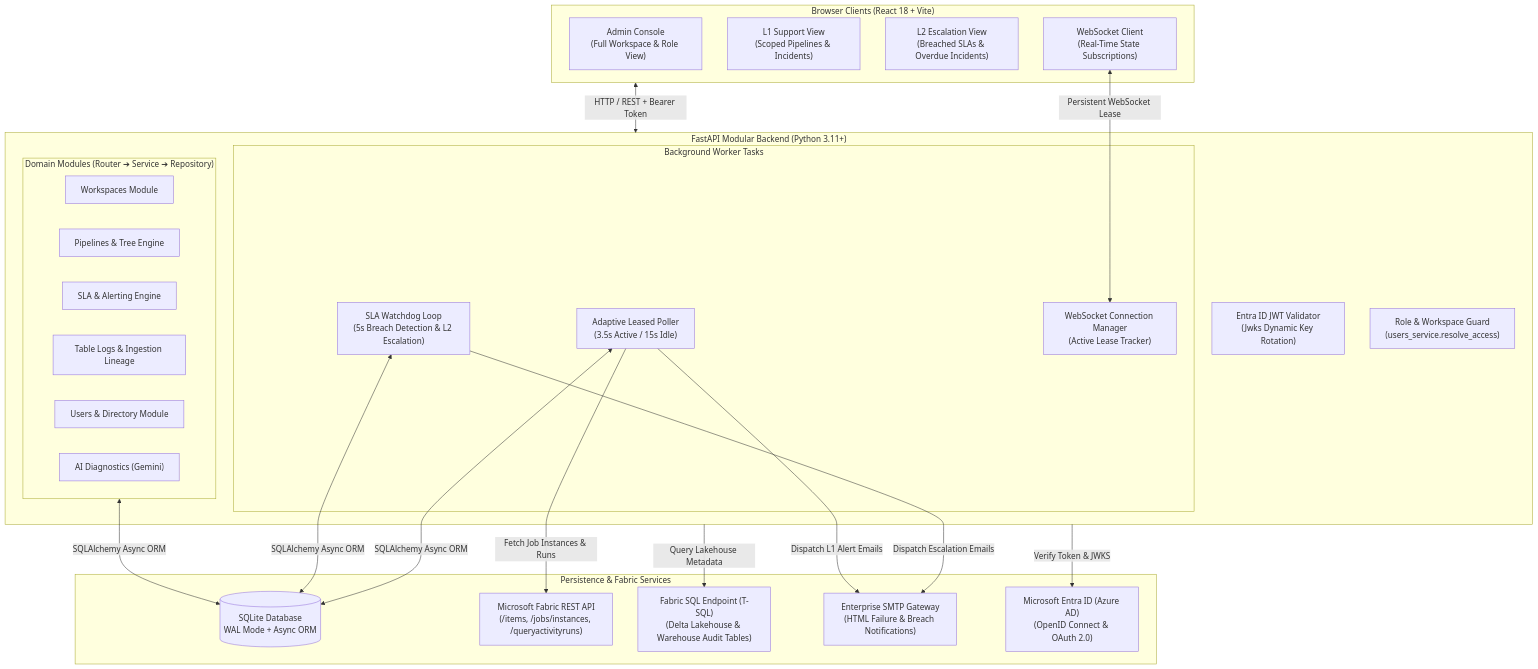
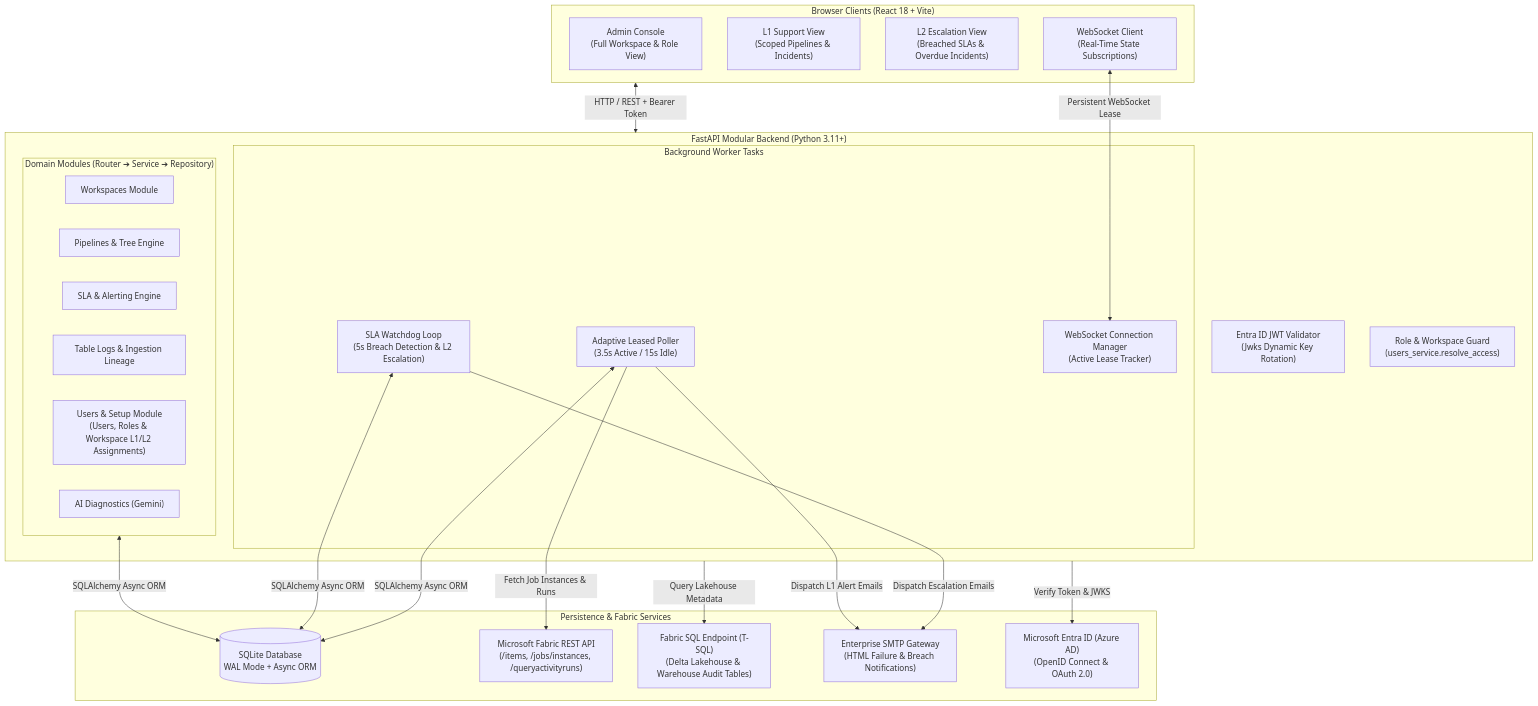
The first of 5 diagrams in docs/ARCHITECTURE.md (Malik-xae-12/mymonitor), drawn with Mermaid before and after one commit. The commit also changed other lines of this file and 22 other files, not shown here.

````diff
--- a/docs/ARCHITECTURE.md
+++ b/docs/ARCHITECTURE.md
@@ -26,48 +26,48 @@
 ```mermaid
 flowchart TB
     subgraph Clients["Browser Clients (React 18 + Vite)"]
         UI_Admin["Admin Console\n(Full Workspace & Role View)"]
         UI_L1["L1 Support View\n(Scoped Pipelines & Incidents)"]
         UI_L2["L2 Escalation View\n(Breached SLAs & Overdue Incidents)"]
         WS_Client["WebSocket Client\n(Real-Time State Subscriptions)"]
     end
 
     subgraph Gateway["FastAPI Modular Backend (Python 3.11+)"]
         AuthMid["Entra ID JWT Validator\n(Jwks Dynamic Key Rotation)"]
         RBACMid["Role & Workspace Guard\n(users_service.resolve_access)"]
 
         subgraph Modules["Domain Modules (Router ➔ Service ➔ Repository)"]
             Mod_WS["Workspaces Module"]
             Mod_Pipe["Pipelines & Tree Engine"]
             Mod_SLA["SLA & Alerting Engine"]
             Mod_Logs["Table Logs & Ingestion Lineage"]
-            Mod_User["Users & Directory Module"]
+            Mod_User["Users & Setup Module\n(Users, Roles & Workspace L1/L2 Assignments)"]
             Mod_Diag["AI Diagnostics (Gemini)"]
         end
 
         subgraph BackgroundEngines["Background Worker Tasks"]
             Poller["Adaptive Leased Poller\n(3.5s Active / 15s Idle)"]
             Watchdog["SLA Watchdog Loop\n(5s Breach Detection & L2 Escalation)"]
             WSManager["WebSocket Connection Manager\n(Active Lease Tracker)"]
         end
     end
 
     subgraph Storage["Persistence & Fabric Services"]
         LocalDB[(SQLite Database\nWAL Mode + Async ORM)]
         FabricAPI["Microsoft Fabric REST API\n(/items, /jobs/instances, /queryactivityruns)"]
         FabricSQL["Fabric SQL Endpoint (T-SQL)\n(Delta Lakehouse & Warehouse Audit Tables)"]
         SMTP["Enterprise SMTP Gateway\n(HTML Failure & Breach Notifications)"]
         Entra["Microsoft Entra ID (Azure AD)\n(OpenID Connect & OAuth 2.0)"]
     end
 
     Clients <-->|HTTP / REST + Bearer Token| Gateway
     WS_Client <-->|Persistent WebSocket Lease| WSManager
     Gateway -->|Verify Token & JWKS| Entra
     Gateway -->|Query Lakehouse Metadata| FabricSQL
     Poller -->|Fetch Job Instances & Runs| FabricAPI
     Watchdog -->|Dispatch Escalation Emails| SMTP
     Poller -->|Dispatch L1 Alert Emails| SMTP
     Modules <-->|SQLAlchemy Async ORM| LocalDB
     Poller <-->|SQLAlchemy Async ORM| LocalDB
     Watchdog <-->|SQLAlchemy Async ORM| LocalDB
 ```
````
